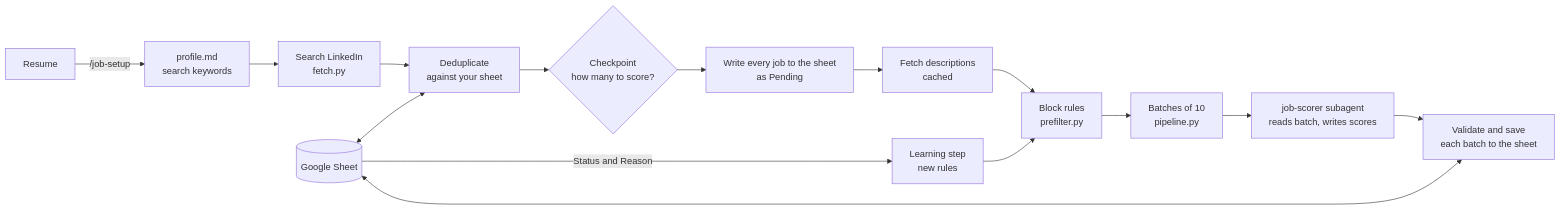
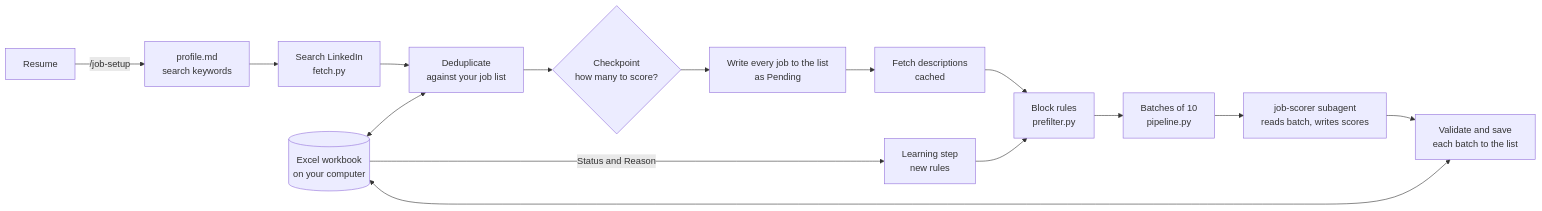
The diagram in README.md (JimmyMathew/job-search-ai-agent), drawn with Mermaid before and after one commit. The commit also changed other lines of this file and 30 other files, not shown here.

Commit message:
Replace Google Sheets with a local Excel workbook; harden saving and locking

````diff
--- a/README.md
+++ b/README.md
@@ -74,17 +80,17 @@
 ```mermaid
 flowchart LR
     R[Resume] -->|/job-setup| P[profile.md<br/>search keywords]
     P --> S[Search LinkedIn<br/>fetch.py]
-    S --> D[Deduplicate<br/>against your sheet]
+    S --> D[Deduplicate<br/>against your job list]
     D --> C{Checkpoint<br/>how many to score?}
-    C --> W[Write every job to the sheet<br/>as Pending]
+    C --> W[Write every job to the list<br/>as Pending]
     W --> F[Fetch descriptions<br/>cached]
     F --> B[Block rules<br/>prefilter.py]
     B --> Q[Batches of 10<br/>pipeline.py]
     Q --> A[job-scorer subagent<br/>reads batch, writes scores]
-    A --> I[Validate and save<br/>each batch to the sheet]
-    G[(Google Sheet)] <--> D
+    A --> I[Validate and save<br/>each batch to the list]
+    G[(Excel workbook<br/>on your computer)] <--> D
     G <--> I
     G -->|Status and Reason| L[Learning step<br/>new rules]
     L --> B
 ```
````
